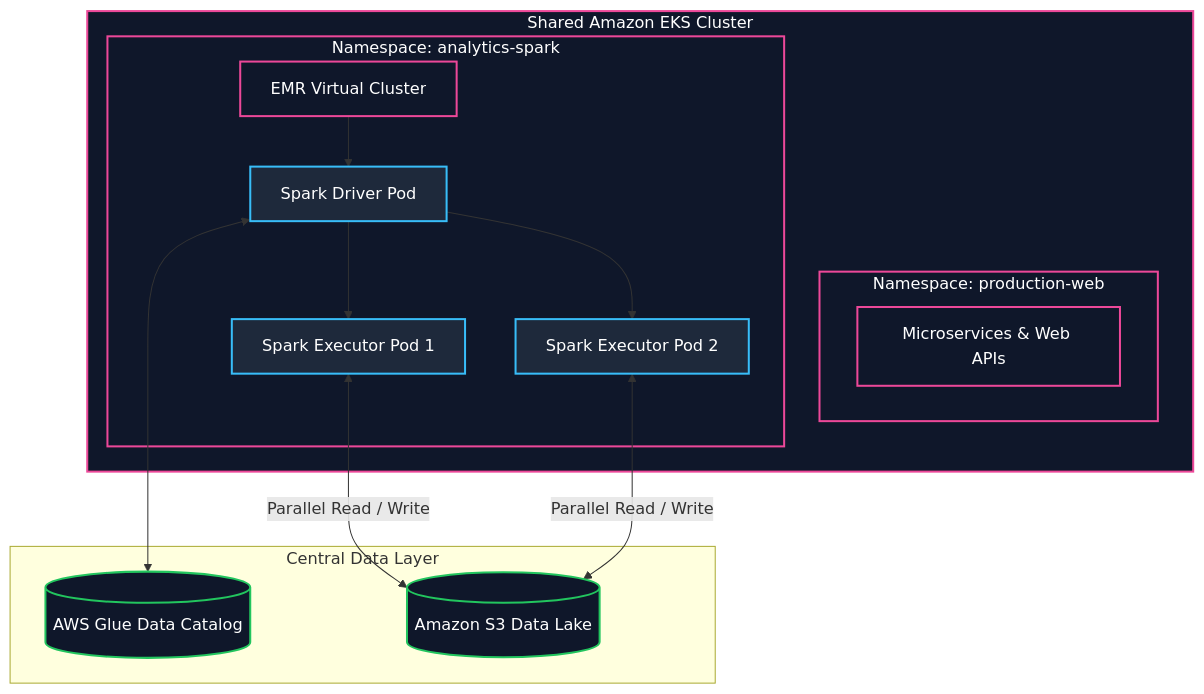
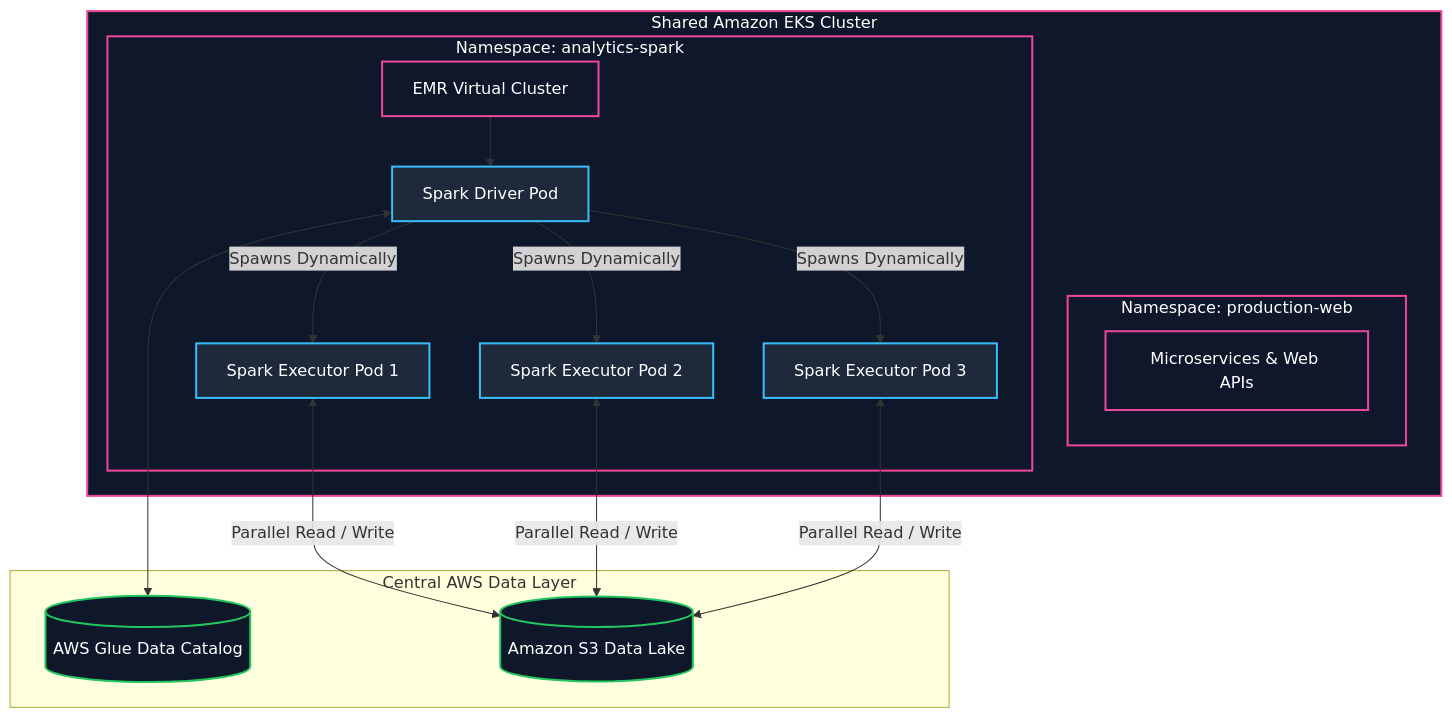
One commit to Wathon/aws-dea-c01-note changed the ninth of 12 diagrams in content/02-services/compute-containers/ecr-ecs-eks.md. Above: the diagram before and after it, drawn with Mermaid. The commit also changed other lines of this file, not shown here.

Commit message:
feat(containers): enrich ECR, ECS, and EKS deep dive with comprehensive architecture, IAM role separation, storage CSI drivers, and EMR on EKS

````diff
--- a/content/02-services/compute-containers/ecr-ecs-eks.md
+++ b/content/02-services/compute-containers/ecr-ecs-eks.md
@@ -251,36 +497,39 @@
 ```mermaid
 graph TB
     subgraph EKSCluster["Shared Amazon EKS Cluster"]
         subgraph ProdNamespace["Namespace: production-web"]
             WebPods["Microservices & Web APIs"]
         end
 
         subgraph AnalyticsNamespace["Namespace: analytics-spark"]
             EMRVirtualCluster["EMR Virtual Cluster"]
             DriverPod["Spark Driver Pod"]
             ExecPod1["Spark Executor Pod 1"]
             ExecPod2["Spark Executor Pod 2"]
+            ExecPod3["Spark Executor Pod 3"]
         end
     end
 
-    subgraph AWSDataServices["Central Data Layer"]
+    subgraph AWSDataServices["Central AWS Data Layer"]
         GlueCatalog[("AWS Glue Data Catalog")]
         S3DataLake[("Amazon S3 Data Lake")]
     end
 
     EMRVirtualCluster --> DriverPod
-    DriverPod --> ExecPod1
-    DriverPod --> ExecPod2
+    DriverPod -->|"Spawns Dynamically"| ExecPod1
+    DriverPod -->|"Spawns Dynamically"| ExecPod2
+    DriverPod -->|"Spawns Dynamically"| ExecPod3
 
     DriverPod <--> GlueCatalog
     ExecPod1 <-->|"Parallel Read / Write"| S3DataLake
     ExecPod2 <-->|"Parallel Read / Write"| S3DataLake
+    ExecPod3 <-->|"Parallel Read / Write"| S3DataLake
 
     classDef k8s fill:#0f172a,stroke:#ec4899,stroke-width:2px,color:#fff;
     classDef spark fill:#1e293b,stroke:#38bdf8,stroke-width:2px,color:#fff;
     classDef data fill:#0f172a,stroke:#22c55e,stroke-width:2px,color:#fff;
 
     class EKSCluster,ProdNamespace,AnalyticsNamespace,WebPods,EMRVirtualCluster k8s;
-    class DriverPod,ExecPod1,ExecPod2 spark;
+    class DriverPod,ExecPod1,ExecPod2,ExecPod3 spark;
     class GlueCatalog,S3DataLake data;
 ```
````
